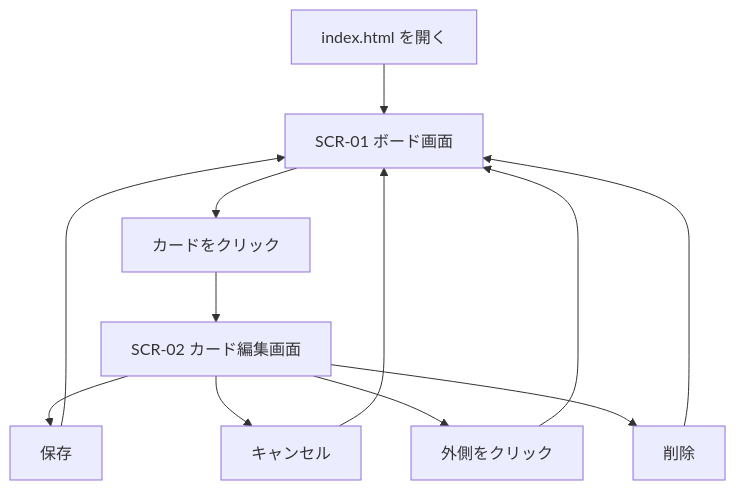
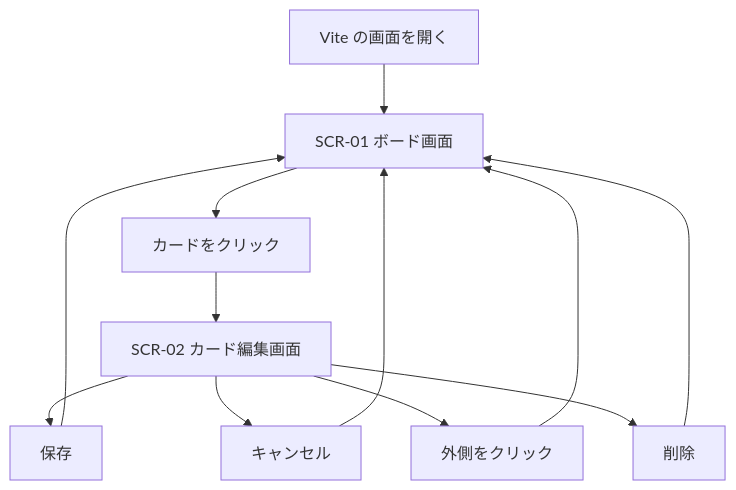
The diagram in ドキュメント/画面設計書.md (pfgnsb/kadai-kanri-board), drawn with Mermaid before and after one commit. The commit also changed other lines of this file and 4 other files, not shown here.

````diff
--- a/ドキュメント/画面設計書.md
+++ b/ドキュメント/画面設計書.md
@@ -32,14 +32,14 @@
 ```mermaid
 flowchart TD
-  open[index.html を開く] --> scr01[SCR-01 ボード画面]
+  open[Vite の画面を開く] --> scr01[SCR-01 ボード画面]
   scr01 --> cardClick[カードをクリック]
   cardClick --> scr02[SCR-02 カード編集画面]
   scr02 --> saveBtn[保存]
   scr02 --> cancelBtn[キャンセル]
   scr02 --> outside[外側をクリック]
   scr02 --> delBtn[削除]
   saveBtn --> scr01
   cancelBtn --> scr01
   outside --> scr01
   delBtn --> scr01
 ```
````
